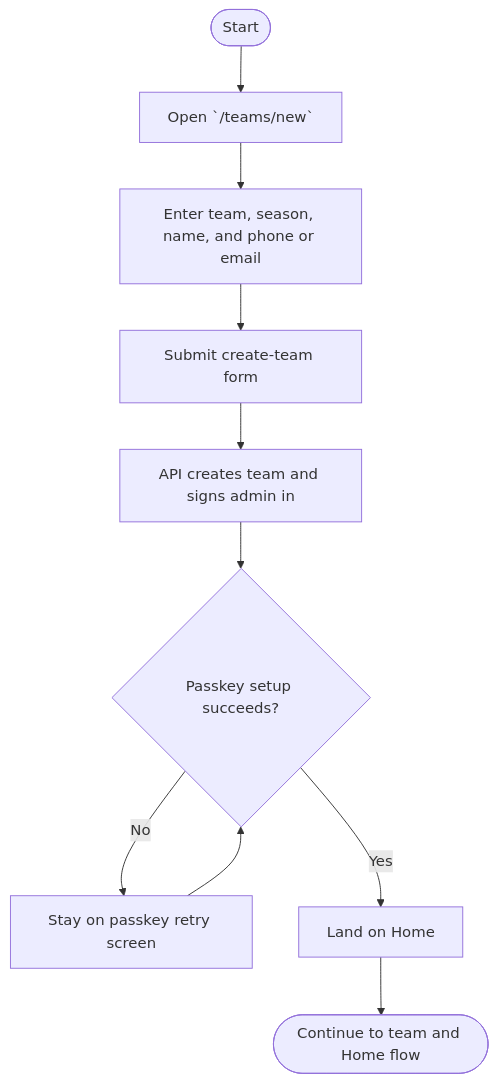
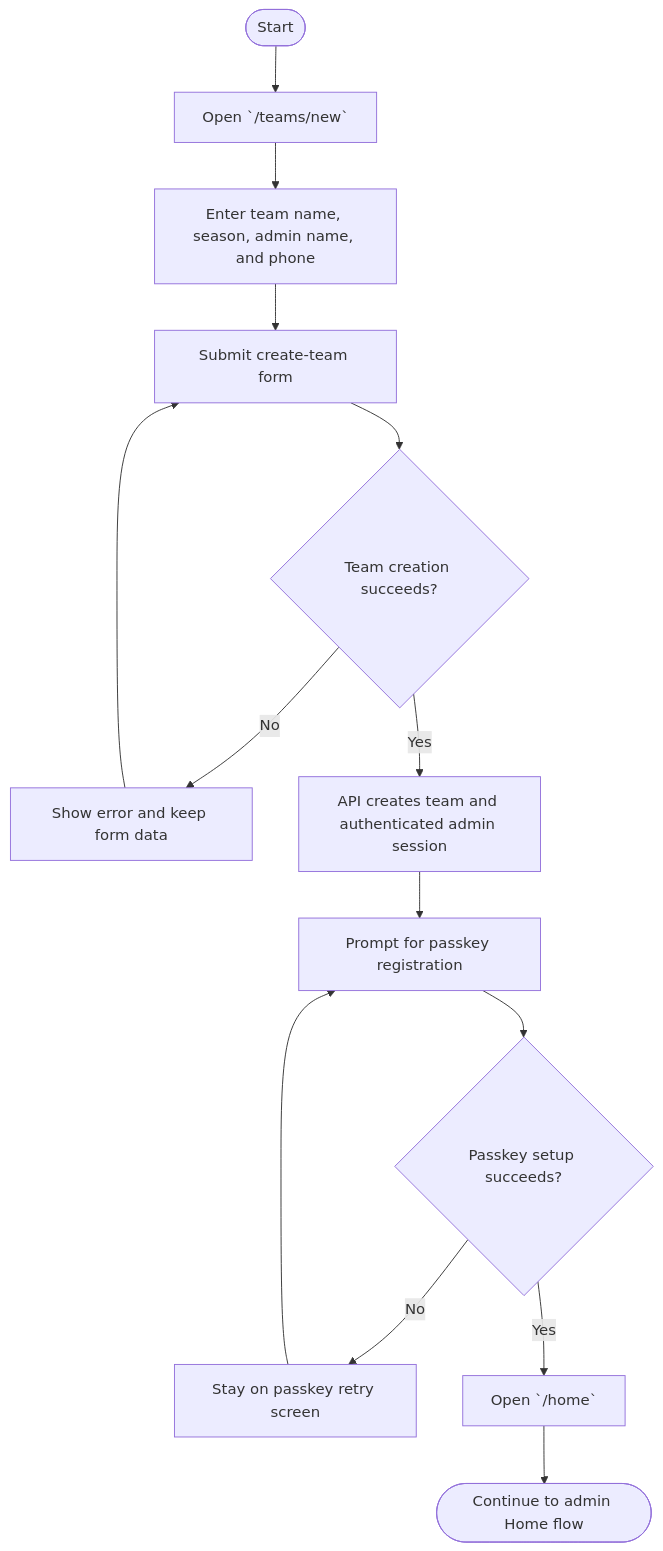
Before and after one commit to kazes5/soccer: the first of 21 diagrams in docs/flow-charts.md, drawn with Mermaid. The commit also changed other lines of this file and 1 other file, not shown here.

Commit message:
Split admin and parent flows and refine Hebrew copy

````diff
--- a/docs/flow-charts.md
+++ b/docs/flow-charts.md
@@ -16,12 +16,16 @@
 ```mermaid
 flowchart TD
     A([Start]) --> B[Open `/teams/new`]
-    B --> C[Enter team, season, name, and phone or email]
+    B --> C[Enter team name, season, admin name, and phone]
     C --> D[Submit create-team form]
-    D --> E[API creates team and signs admin in]
-    E --> F{Passkey setup succeeds?}
-    F -->|No| G[Stay on passkey retry screen]
-    G --> F
-    F -->|Yes| H[Land on Home]
-    H --> I([Continue to team and Home flow])
+    D --> E{Team creation succeeds?}
+    E -->|No| F[Show error and keep form data]
+    F --> D
+    E -->|Yes| G[API creates team and authenticated admin session]
+    G --> H[Prompt for passkey registration]
+    H --> I{Passkey setup succeeds?}
+    I -->|No| J[Stay on passkey retry screen]
+    J --> H
+    I -->|Yes| K[Open `/home`]
+    K --> L([Continue to admin Home flow])
 ```
````
